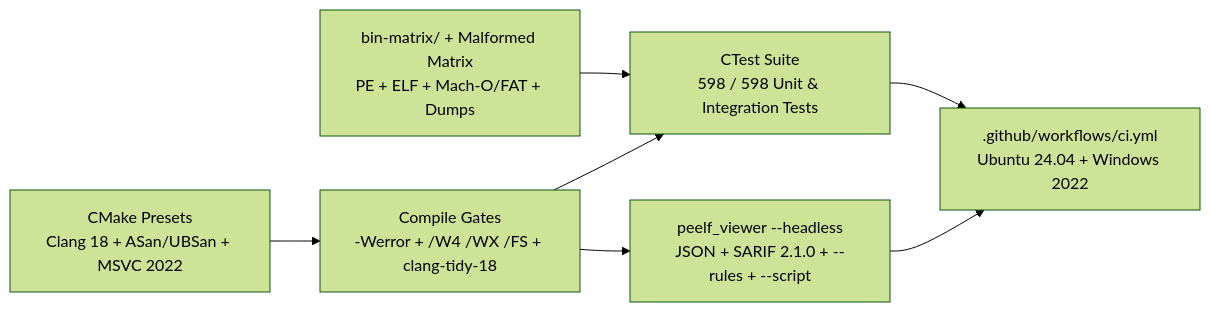
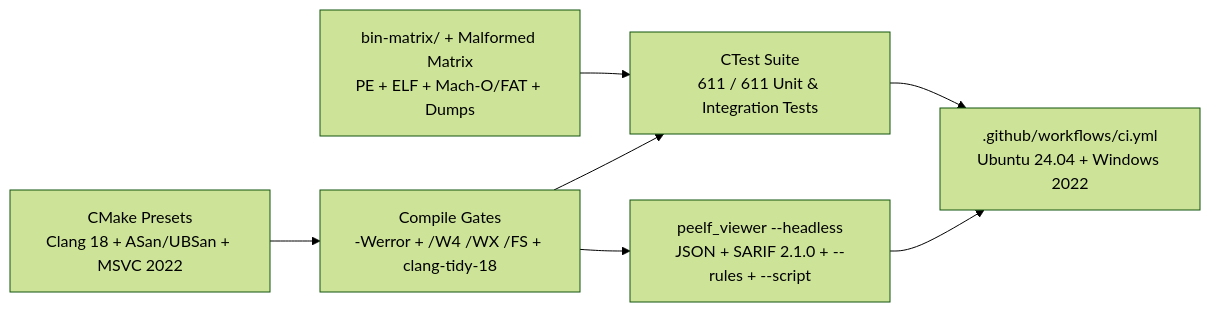
Before and after one commit to wsollers/exe_viewer: the seventh of 7 diagrams in docs/ARCHITECTURE.md, drawn with Mermaid (forest theme). The commit also changed other lines of this file, not shown here.

Commit message:
docs(architecture): update CTest count to 611 for WU-41

````diff
--- a/docs/ARCHITECTURE.md
+++ b/docs/ARCHITECTURE.md
@@ -242,16 +242,16 @@
 ```mermaid
 flowchart LR
     matrix["bin-matrix/ + Malformed Matrix<br/>PE + ELF + Mach-O/FAT + Dumps"]
     presets["CMake Presets<br/>Clang 18 + ASan/UBSan + MSVC 2022"]
     gates["Compile Gates<br/>-Werror + /W4 /WX /FS + clang-tidy-18"]
-    ctest["CTest Suite<br/>598 / 598 Unit & Integration Tests"]
+    ctest["CTest Suite<br/>611 / 611 Unit & Integration Tests"]
     headless["peelf_viewer --headless<br/>JSON + SARIF 2.1.0 + --rules + --script"]
     gha[".github/workflows/ci.yml<br/>Ubuntu 24.04 + Windows 2022"]
 
     matrix --> ctest
     presets --> gates
     gates --> ctest
     gates --> headless
     ctest --> gha
     headless --> gha
 ```
````
